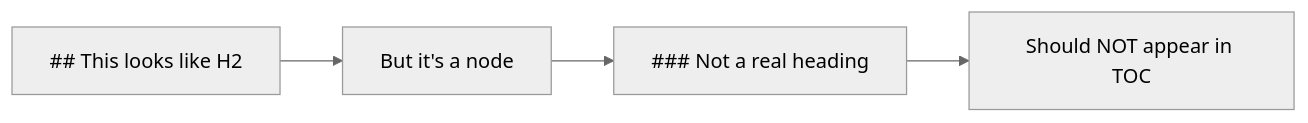
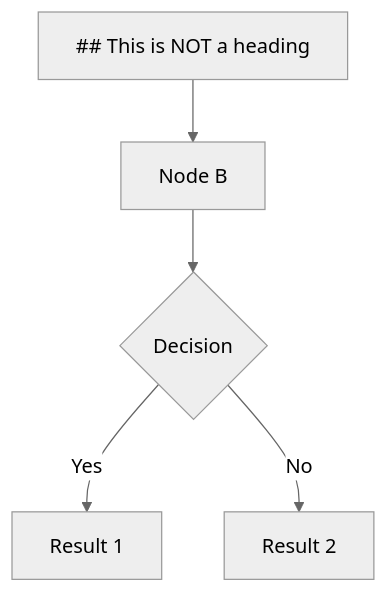
The diagram in test-phase4.md (starfysh-tech/markpane), drawn with Mermaid (neutral theme) before and after one commit. The commit also changed other lines of this file and 6 other files, not shown here.

````diff
--- a/test-phase4.md
+++ b/test-phase4.md
@@ -180,6 +111,7 @@
 ```mermaid
-flowchart LR
-    A[## This looks like H2] --> B[But it's a node]
-    B --> C[### Not a real heading]
-    C --> D[Should NOT appear in TOC]
+graph TD
+    A[## This is NOT a heading] --> B[Node B]
+    B --> C{Decision}
+    C -->|Yes| D[Result 1]
+    C -->|No| E[Result 2]
 ```
````
